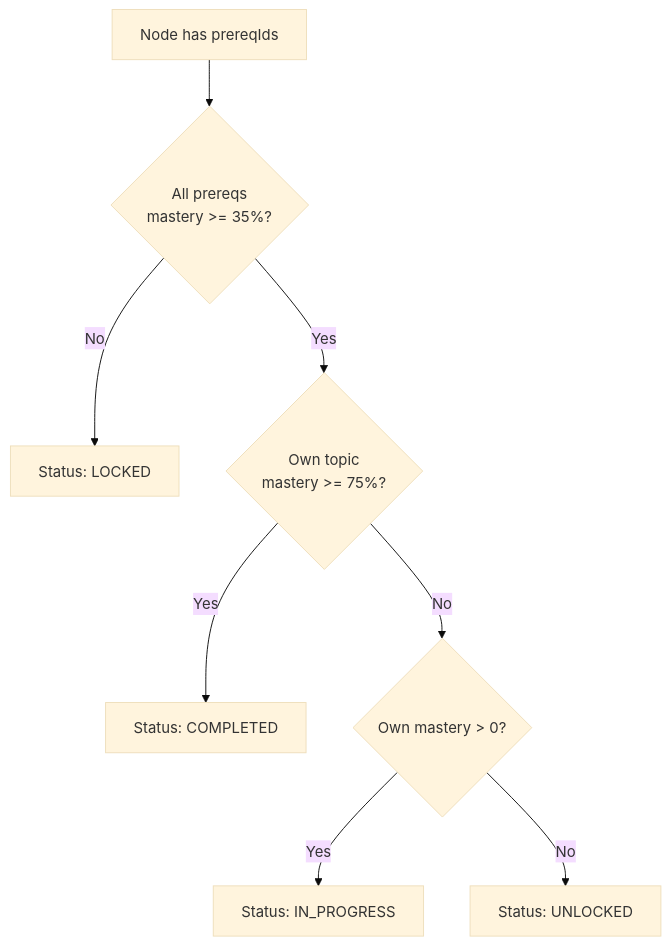
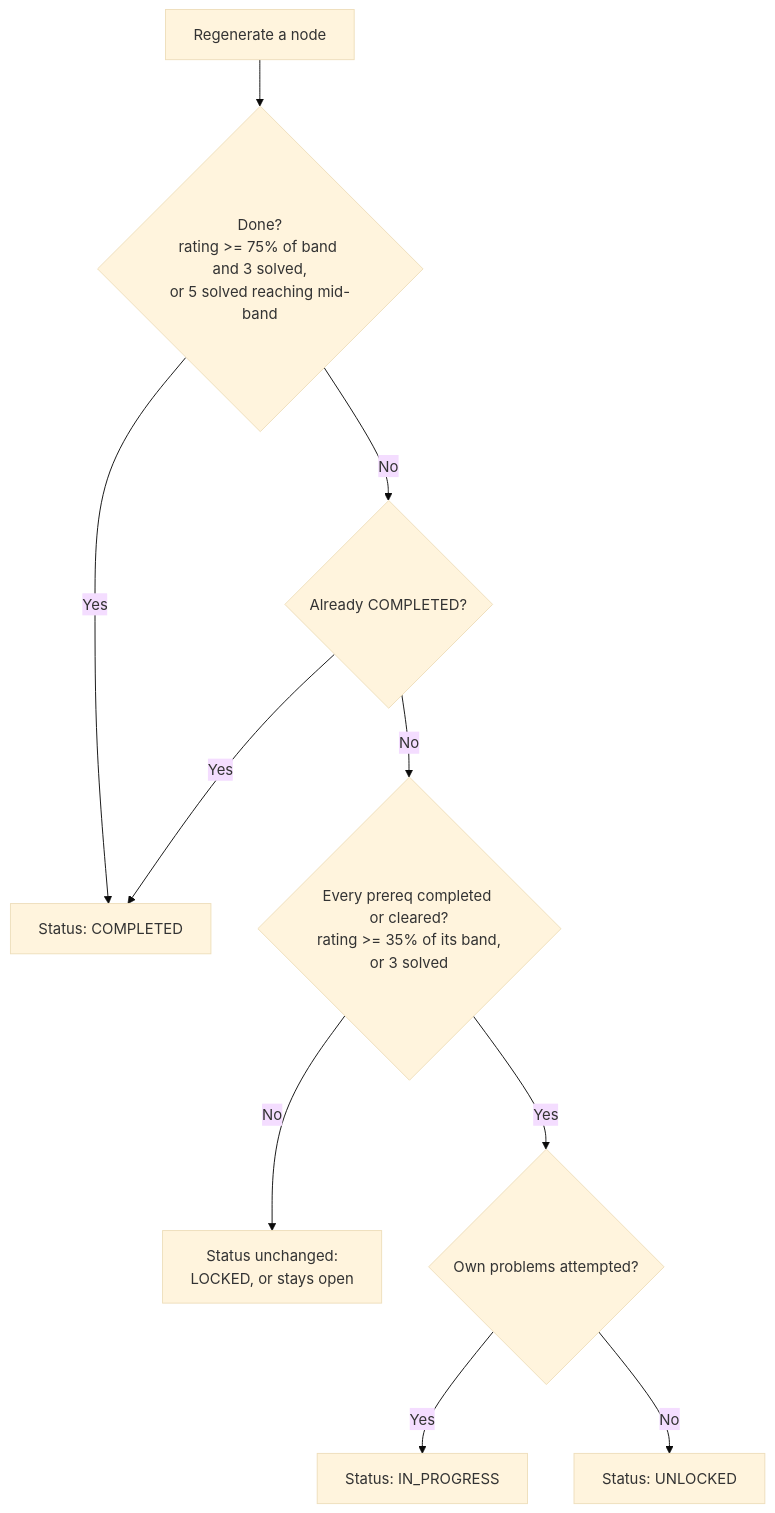
Before and after one commit to ayushtiwari1405/cpintel: the third of 5 diagrams in docs/ARCHITECTURE.md, drawn with Mermaid (base theme). The commit also changed other lines of this file and 12 other files, not shown here.

````diff
--- a/docs/ARCHITECTURE.md
+++ b/docs/ARCHITECTURE.md
@@ -108,10 +108,12 @@
 ```mermaid
 flowchart TD
-    A[Node has prereqIds] --> B{All prereqs<br/>mastery >= 35%?}
-    B -- No --> L[Status: LOCKED]
-    B -- Yes --> C{Own topic<br/>mastery >= 75%?}
+    A[Regenerate a node] --> C{Done?<br/>rating >= 75% of band and 3 solved,<br/>or 5 solved reaching mid-band}
     C -- Yes --> D[Status: COMPLETED]
-    C -- No --> E{Own mastery > 0?}
+    C -- No --> K{Already COMPLETED?}
+    K -- Yes --> D
+    K -- No --> B{Every prereq completed or cleared?<br/>rating >= 35% of its band,<br/>or 3 solved}
+    B -- No --> L[Status unchanged:<br/>LOCKED, or stays open]
+    B -- Yes --> E{Own problems attempted?}
     E -- Yes --> F[Status: IN_PROGRESS]
     E -- No --> G[Status: UNLOCKED]
 ```
````
